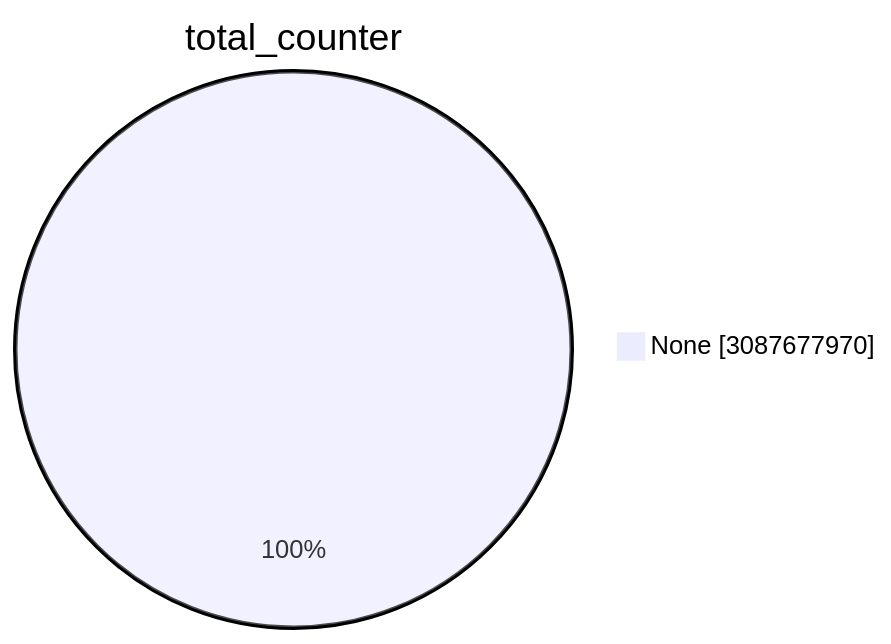
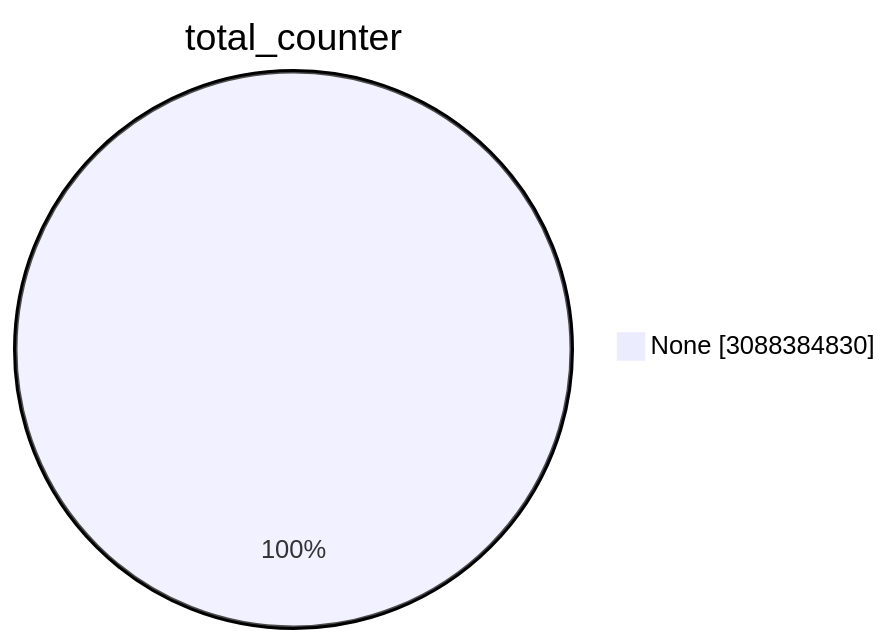
Before and after one commit to christiankrug/ctmonitor_visualization: the first of 15 diagrams in TOTAL/README.md, drawn with Mermaid. The commit also changed other lines of this file, not shown here.

````diff
--- a/TOTAL/README.md
+++ b/TOTAL/README.md
@@ -1,5 +1,5 @@
 ```mermaid
 pie showData
 title total_counter
-"None" :3087677970
+"None" :3088384830
 ```
````
